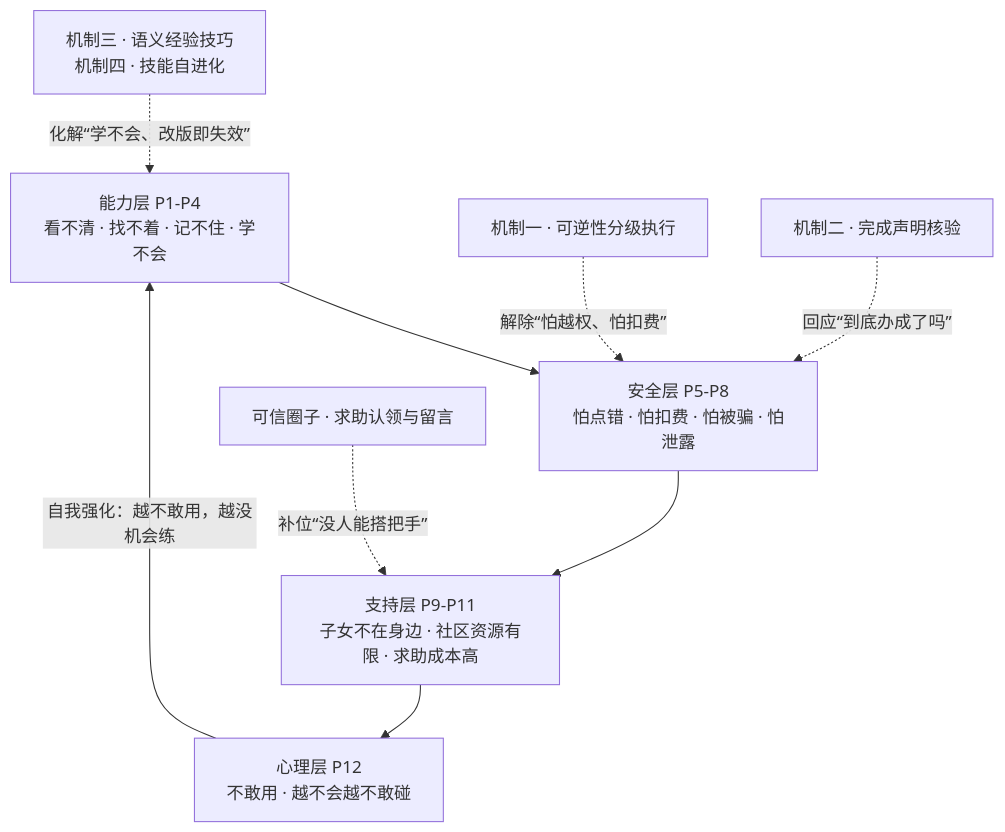
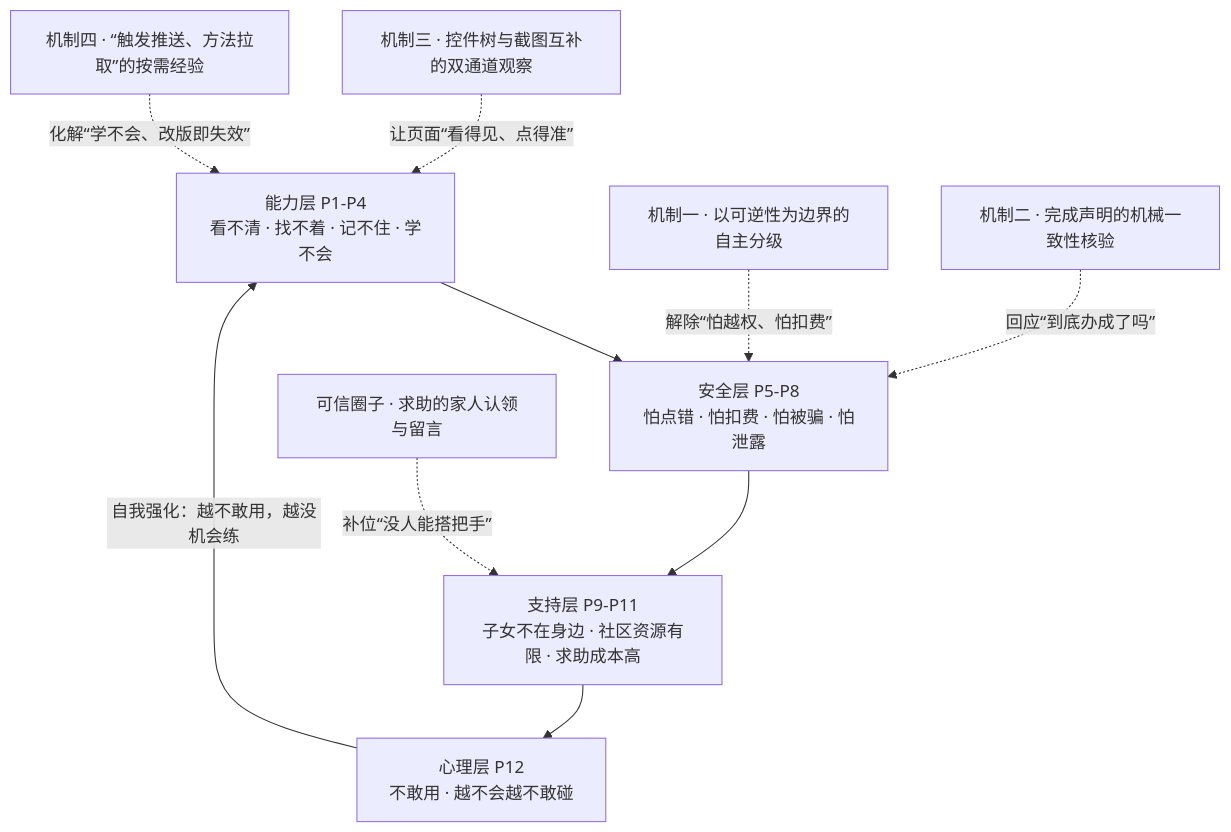
Before and after one commit to lhxll07/elder-harness: the first of 13 diagrams in docs/aic-2026/作品方案-定稿.md, drawn with Mermaid. The commit also changed other lines of this file and 50 other files, not shown here.

````diff
--- a/docs/aic-2026/作品方案-定稿.md
+++ b/docs/aic-2026/作品方案-定稿.md
@@ -105,15 +106,16 @@
 ```mermaid
 flowchart TB
   A["能力层 P1-P4<br/>看不清 · 找不着 · 记不住 · 学不会"]
   B["安全层 P5-P8<br/>怕点错 · 怕扣费 · 怕被骗 · 怕泄露"]
   C["支持层 P9-P11<br/>子女不在身边 · 社区资源有限 · 求助成本高"]
   D["心理层 P12<br/>不敢用 · 越不会越不敢碰"]
   A --> B
   B --> C
   C --> D
   D -->|"自我强化：越不敢用，越没机会练"| A
-  M3["机制三 · 语义经验技巧<br/>机制四 · 技能自进化"] -.->|化解“学不会、改版即失效”| A
-  M1["机制一 · 可逆性分级执行"] -.->|解除“怕越权、怕扣费”| B
-  M2["机制二 · 完成声明核验"] -.->|回应“到底办成了吗”| B
-  M4["可信圈子 · 求助认领与留言"] -.->|补位“没人能搭把手”| C
+  M1["机制一 · 以可逆性为边界的自主分级"] -.->|解除“怕越权、怕扣费”| B
+  M2["机制二 · 完成声明的机械一致性核验"] -.->|回应“到底办成了吗”| B
+  M3["机制三 · 控件树与截图互补的双通道观察"] -.->|让页面“看得见、点得准”| A
+  M4["机制四 · “触发推送、方法拉取”的按需经验"] -.->|化解“学不会、改版即失效”| A
+  FAM["可信圈子 · 求助的家人认领与留言"] -.->|补位“没人能搭把手”| C
 ```
````
